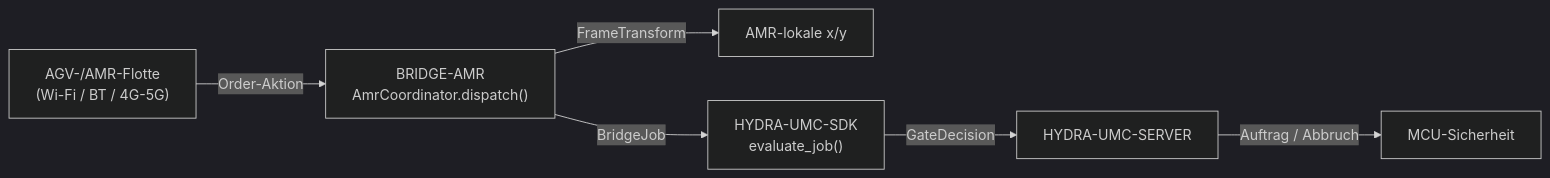
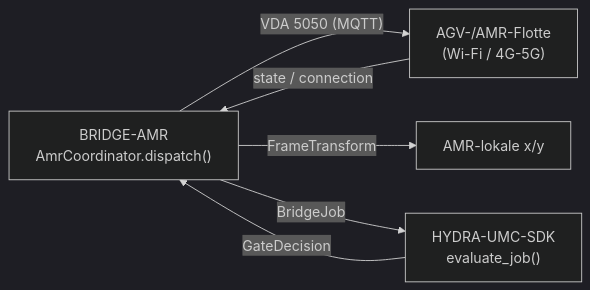
One commit to JuanenRac/HYDRA-UMC-BRIDGE-AMR changed the diagram in README_deu.md. Above: the diagram before and after it, drawn with Mermaid (dark theme). The commit also changed other lines of this file and 22 other files, not shown here.

Commit message:
Send VDA 5050 action names, give the MQTT client an id and wait for the broker, add the state/connection observer and keep orders valid JSON (0.1.1)

````diff
--- a/README_deu.md
+++ b/README_deu.md
@@ -50,8 +51,8 @@
 ```mermaid
 flowchart LR
-    AMR["AGV-/AMR-Flotte<br/>(Wi-Fi / BT / 4G-5G)"] -- "Order-Aktion" --> BRIDGE["BRIDGE-AMR<br/>AmrCoordinator.dispatch()"]
+    BRIDGE["BRIDGE-AMR<br/>AmrCoordinator.dispatch()"] -- "VDA 5050 (MQTT)" --> AMR["AGV-/AMR-Flotte<br/>(Wi-Fi / 4G-5G)"]
+    AMR -- "state / connection" --> BRIDGE
     BRIDGE -- "FrameTransform" --> LOCAL["AMR-lokale x/y"]
     BRIDGE -- BridgeJob --> SDK["HYDRA-UMC-SDK<br/>evaluate_job()"]
-    SDK -- GateDecision --> SERVER["HYDRA-UMC-SERVER"]
-    SERVER -- "Auftrag / Abbruch" --> MCU["MCU-Sicherheit"]
+    SDK -- GateDecision --> BRIDGE
 ```
````
